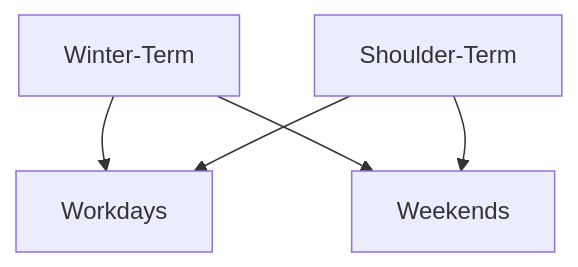
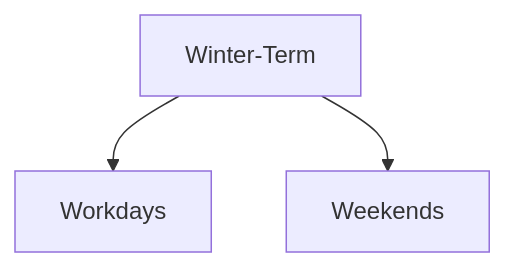
Before and after one commit to hajri94/Predictive-Model-for-Heat-Load-in-Buildings-Connected-to-District-Heating-Network: the diagram in README.md, drawn with Mermaid.

````diff
--- a/README.md
+++ b/README.md
@@ -71,7 +71,6 @@
 ```mermaid
 graph TD;
     Winter-Term-->Workdays;
     Winter-Term-->Weekends;
-    Shoulder-Term-->Workdays;
-    Shoulder-Term-->Weekends;
+    
 ```
````
